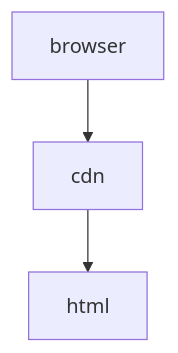
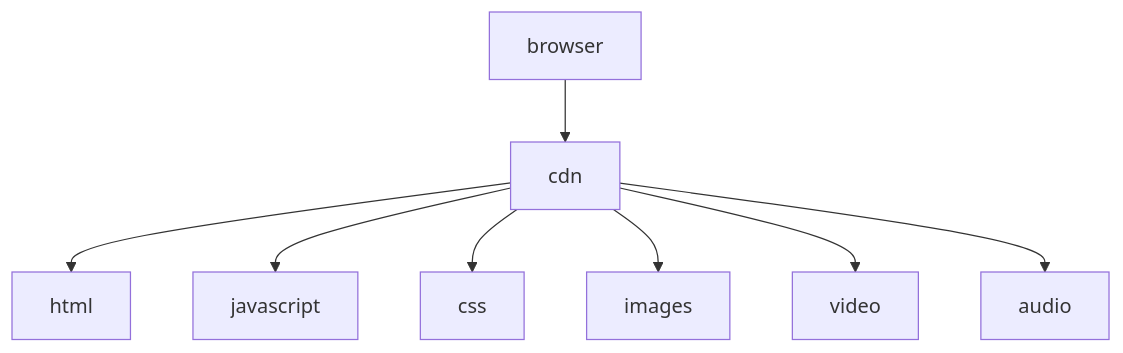
One commit to rollthecloudinc/quell changed the sixth of 6 diagrams in README.md. Above: the diagram before and after it, drawn with Mermaid.

````diff
--- a/README.md
+++ b/README.md
@@ -93,5 +93,10 @@
 ```mermaid
 flowchart TD
  browser[browser] --> cdn[cdn];
  cdn --> html[html];
+ cdn --> js[javascript];
+ cdn --> css[css];
+ cdn --> images[images]
+ cdn --> video[video]
+ cdn --> audio[audio]
 ```
````
